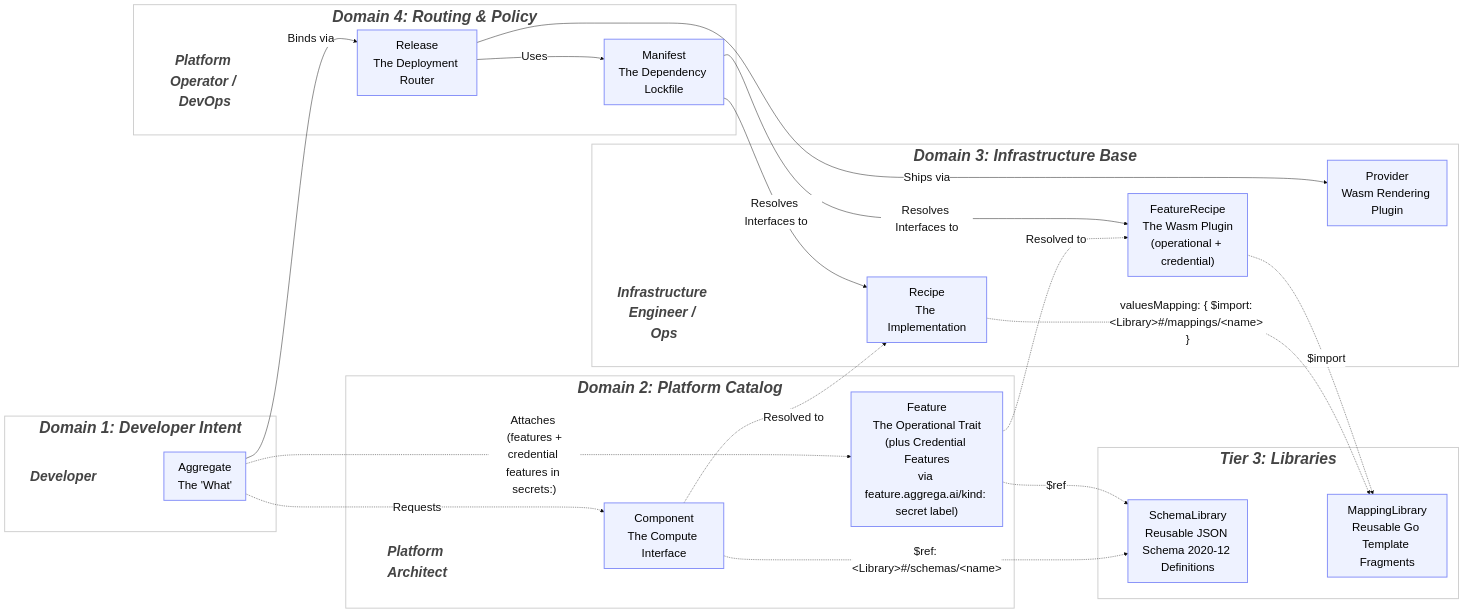
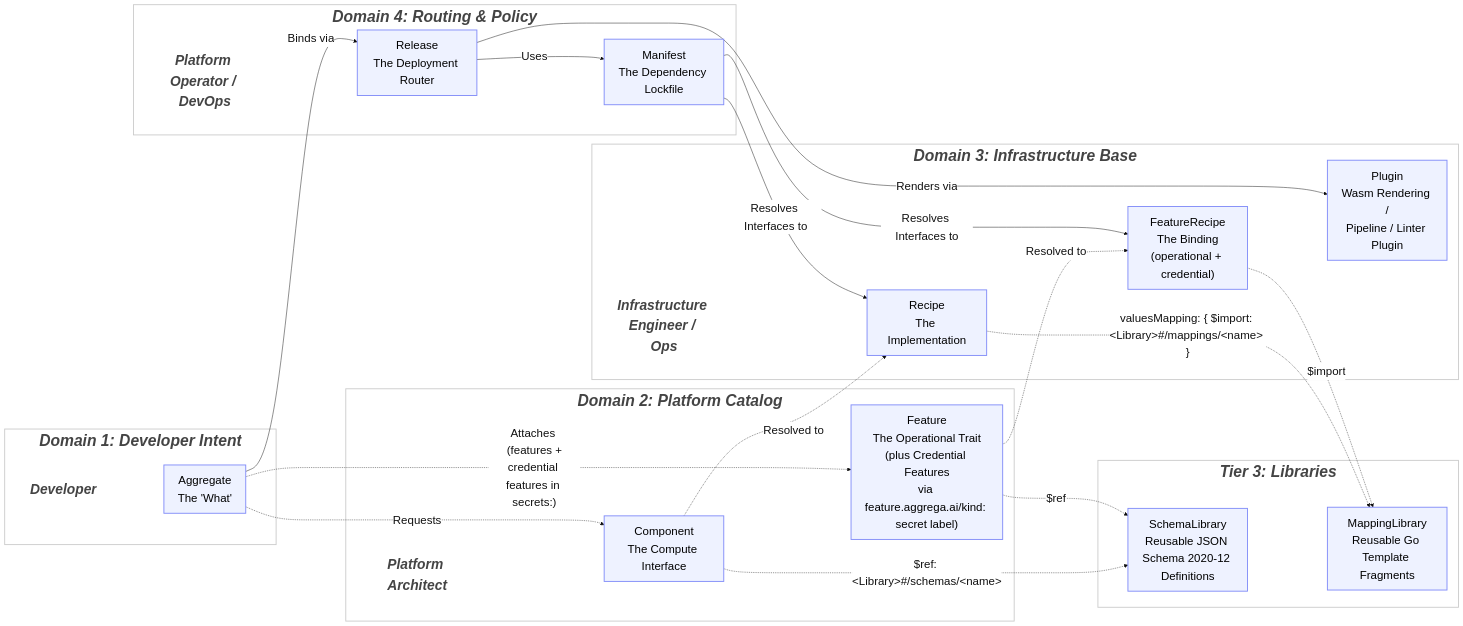
One commit to aggrega-ai/aggrega-docs changed the diagram in architecture/04-eight-entity-taxonomy.md. Above: the diagram before and after it, drawn with Mermaid. The commit also changed other lines of this file and 54 other files, not shown here.

Commit message:
docs(provider): document provider rendering via the Plugin entity and drop the Provider kind

```diff
--- a/architecture/04-eight-entity-taxonomy.md
+++ b/architecture/04-eight-entity-taxonomy.md
@@ -5,81 +5,81 @@
 ~~~mermaid
 %%{
   init: {
     'theme': 'base',
     'themeVariables': {
       'fontSize': '25px',
       'fontFamily': 'sans-serif',
       'primaryTextColor': '#111',
       'edgeLabelBackground': '#ffffff',
       'clusterBkg': '#fafafa',
       'clusterBorder': '#cccccc'
     }
   }
 }%%
 graph LR
     classDef domain fill:transparent,stroke:#cccccc,stroke-width:2px,font-weight:bold,font-style:italic,font-size:34px,color:#444;
     classDef role fill:transparent,stroke:none,font-weight:bold,font-style:italic,font-size:30px,color:#444;
     classDef baseNode fill:#eef2ff,stroke:#818cf8,stroke-width:2px,font-size:25px,color:#000;
 
     subgraph D1 ["Domain 1: Developer Intent"]
         P1["Developer"]:::role
         A["Aggregate<br/>The 'What'"]:::baseNode
         P1 ~~~ A
     end
 
     subgraph D2 ["Domain 2: Platform Catalog"]
         P2["Platform Architect"]:::role
         CC["Component<br/>The Compute Interface"]:::baseNode
         CapC["Feature<br/>The Operational Trait<br/>(plus Credential Features<br/>via feature.aggrega.ai/kind: secret label)"]:::baseNode
         P2 ~~~ CC
         CC ~~~ CapC
     end
 
     subgraph D4 ["Domain 4: Routing & Policy"]
         P4["Platform Operator / DevOps"]:::role
         EB["Release<br/>The Deployment Router"]:::baseNode
         ENV["Manifest<br/>The Dependency Lockfile"]:::baseNode
         P4 ~~~ EB
         EB ~~~ ENV
     end
 
     subgraph D3 ["Domain 3: Infrastructure Base"]
         P3["Infrastructure Engineer / Ops"]:::role
         CD["Recipe<br/>The Implementation"]:::baseNode
-        CapD["FeatureRecipe<br/>The Wasm Plugin<br/>(operational + credential)"]:::baseNode
-        T["Provider<br/>Wasm Rendering Plugin"]:::baseNode
+        CapD["FeatureRecipe<br/>The Binding<br/>(operational + credential)"]:::baseNode
+        T["Plugin<br/>Wasm Rendering /<br/>Pipeline / Linter Plugin"]:::baseNode
         P3 ~~~ CD
         CD ~~~ CapD
         CapD ~~~ T
     end
 
     subgraph DL ["Tier 3: Libraries"]
         SL["SchemaLibrary<br/>Reusable JSON Schema 2020-12 Definitions"]:::baseNode
         ML["MappingLibrary<br/>Reusable Go Template Fragments"]:::baseNode
         SL ~~~ ML
     end
 
     %% Logical Flow Connections
     A -.->|"Requests"| CC
     A -.->|"Attaches (features +<br/>credential features in secrets:)"| CapC
     A -->|"Binds via"| EB
 
     CC -.->|"Resolved to"| CD
     CapC -.->|"Resolved to"| CapD
 
     EB -->|"Uses"| ENV
 
     ENV -->|"Resolves Interfaces to"| CD
     ENV -->|"Resolves Interfaces to"| CapD
 
-    EB -->|"Ships via"| T
+    EB -->|"Renders via"| T
 
     %% Library references (Tier 3 — opt-in for catalogs needing cross-Component reuse)
     CC -.->|"$ref: &lt;Library&gt;#/schemas/&lt;name&gt;"| SL
     CapC -.->|"$ref"| SL
     CD -.->|"valuesMapping: { $import: &lt;Library&gt;#/mappings/&lt;name&gt; }"| ML
     CapD -.->|"$import"| ML
 
     %% Apply the domain class to the subgraphs
     class D1,D2,D3,D4,DL domain;
 ~~~
```
